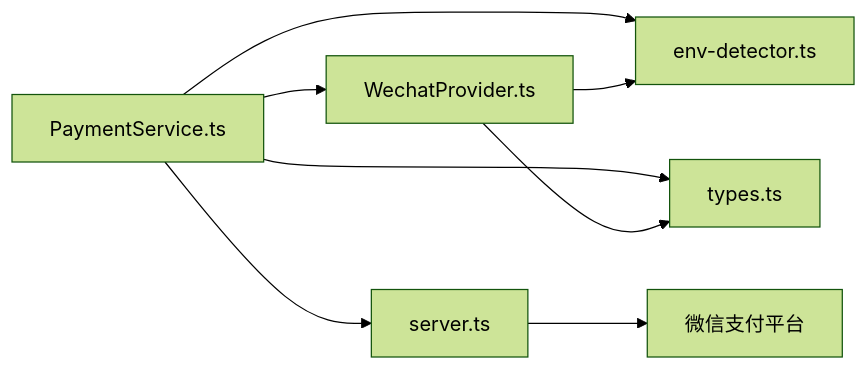
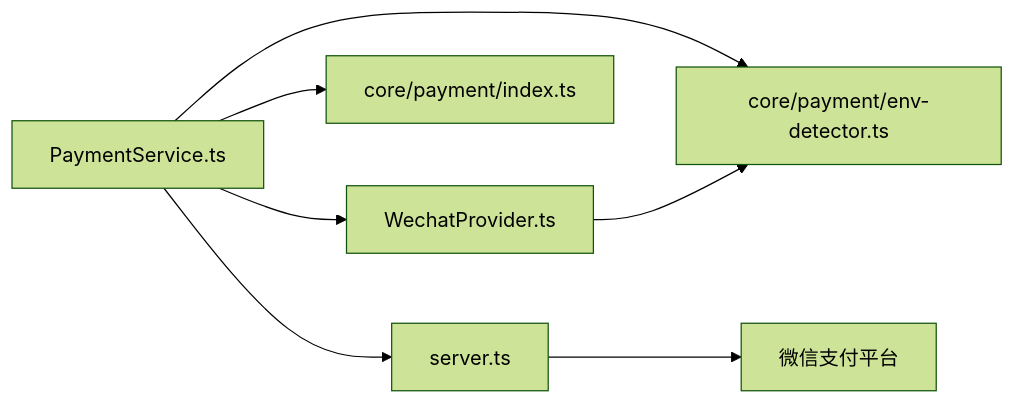
Before and after one commit to Hu-Right/supply-os: the sixth of 6 diagrams in .qoder/repowiki/zh/content/支付系统集成/微信支付集成实现.md, drawn with Mermaid (forest theme). The commit also changed other lines of this file and 39 other files, not shown here.

````diff
--- a/.qoder/repowiki/zh/content/支付系统集成/微信支付集成实现.md
+++ b/.qoder/repowiki/zh/content/支付系统集成/微信支付集成实现.md
@@ -283,10 +304,9 @@
 ```mermaid
 graph LR
 PS["PaymentService.ts"] --> WP["WechatProvider.ts"]
-PS --> ENV["env-detector.ts"]
-PS --> T["types.ts"]
+PS --> ENV["core/payment/env-detector.ts"]
+PS --> IDX["core/payment/index.ts"]
 WP --> ENV
-WP --> T
 PS --> S["server.ts"]
 S --> WX["微信支付平台"]
 ```
````
